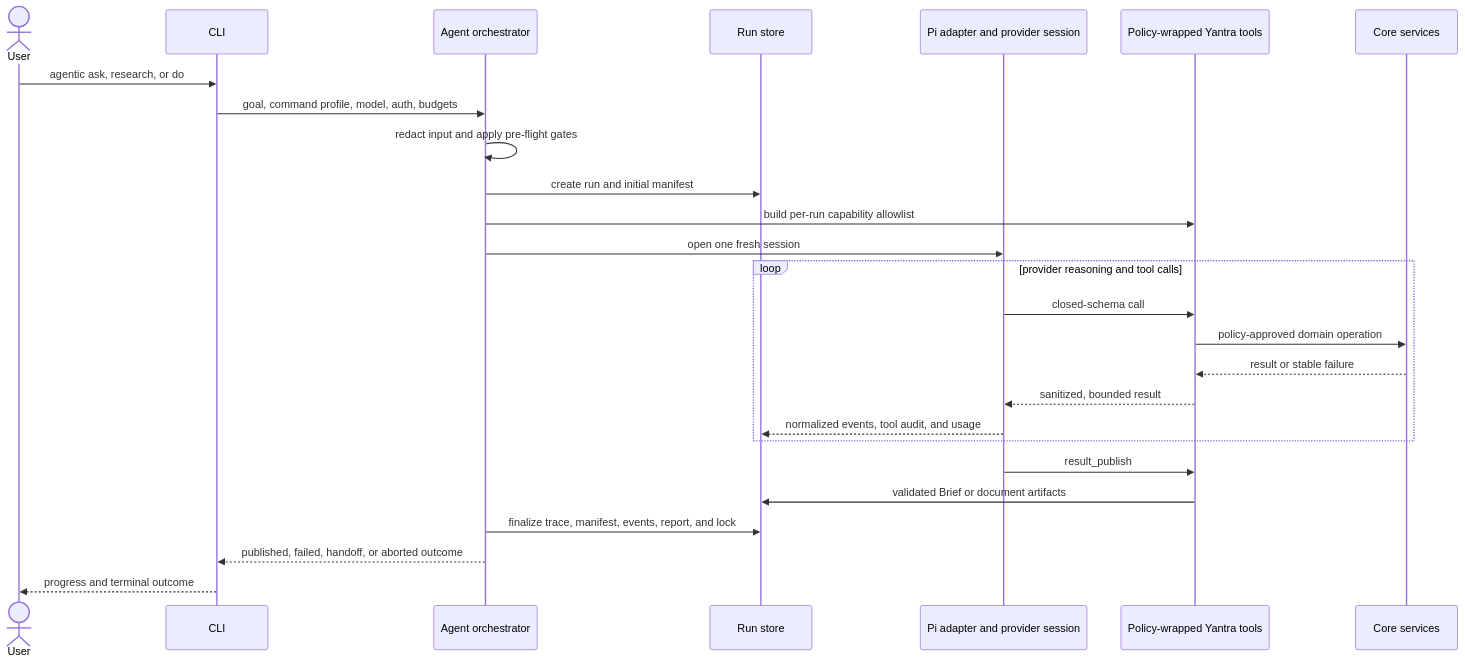
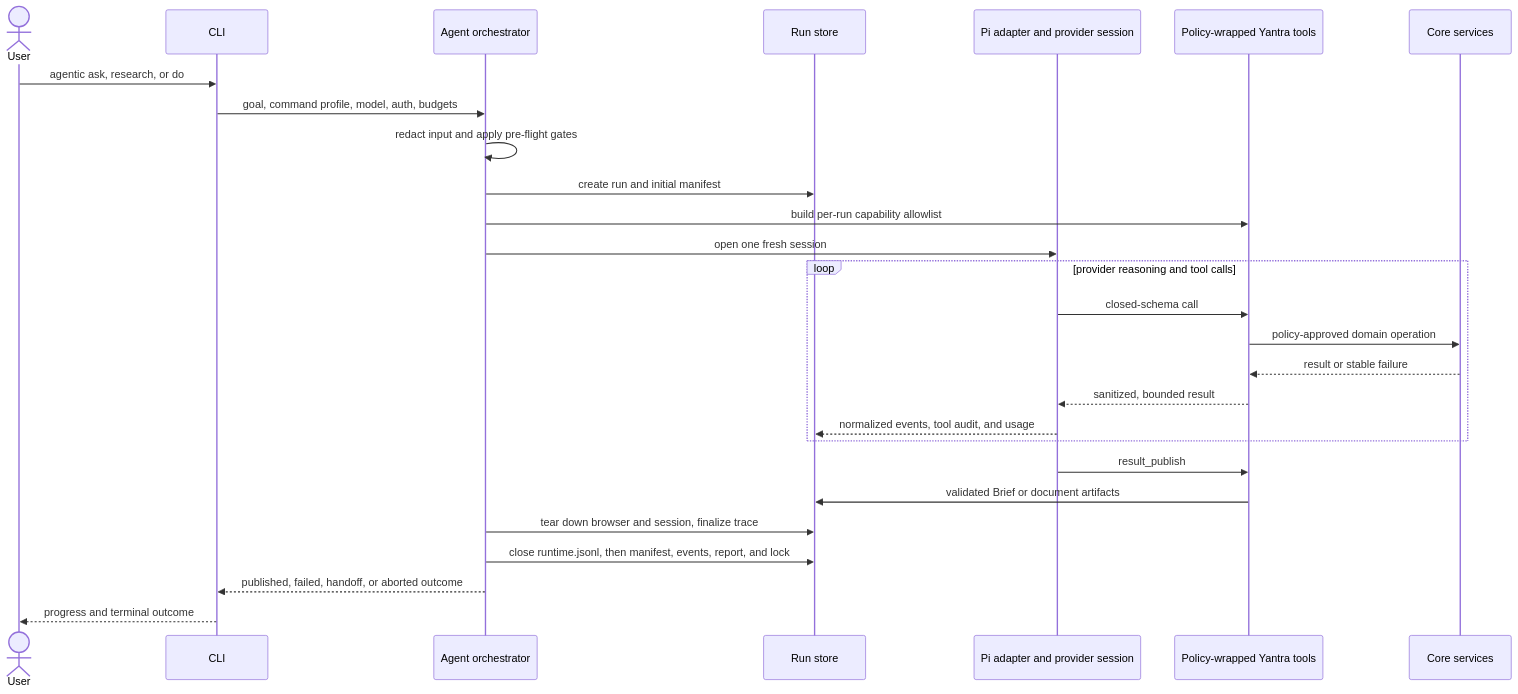
Diagram 16 of 19 in docs/architecture.md (abranjith/yantra), drawn with Mermaid before and after one commit. The commit also changed other lines of this file and 41 other files, not shown here.

````diff
--- a/docs/architecture.md
+++ b/docs/architecture.md
@@ -1388,29 +1466,30 @@
 ```mermaid
 sequenceDiagram
   actor User
   participant CLI
   participant Agent as Agent orchestrator
   participant Run as Run store
   participant Pi as Pi adapter and provider session
   participant Tools as Policy-wrapped Yantra tools
   participant Core as Core services
 
   User->>CLI: agentic ask, research, or do
   CLI->>Agent: goal, command profile, model, auth, budgets
   Agent->>Agent: redact input and apply pre-flight gates
   Agent->>Run: create run and initial manifest
   Agent->>Tools: build per-run capability allowlist
   Agent->>Pi: open one fresh session
   loop provider reasoning and tool calls
     Pi->>Tools: closed-schema call
     Tools->>Core: policy-approved domain operation
     Core-->>Tools: result or stable failure
     Tools-->>Pi: sanitized, bounded result
     Pi-->>Run: normalized events, tool audit, and usage
   end
   Pi->>Tools: result_publish
   Tools->>Run: validated Brief or document artifacts
-  Agent->>Run: finalize trace, manifest, events, report, and lock
+  Agent->>Run: tear down browser and session, finalize trace
+  Agent->>Run: close runtime.jsonl, then manifest, events, report, and lock
   Agent-->>CLI: published, failed, handoff, or aborted outcome
   CLI-->>User: progress and terminal outcome
 ```
````
